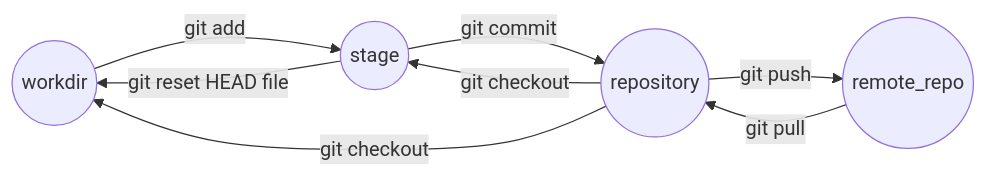
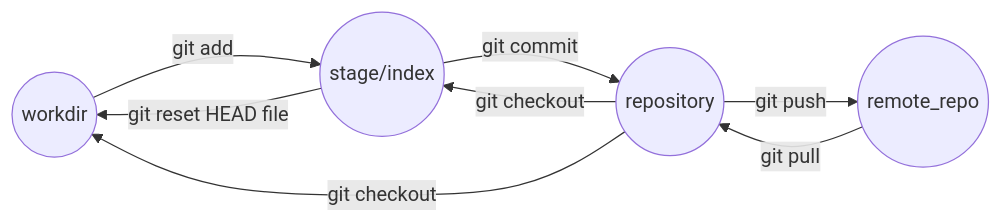
The diagram in Linux/git/repo.md (qffa/personalnote), drawn with Mermaid before and after one commit. The commit also changed 8 other files, not shown here.

````diff
--- a/Linux/git/repo.md
+++ b/Linux/git/repo.md
@@ -5,10 +5,10 @@
 ```mermaid
 graph LR
-  A((workdir)) --git add--> B((stage))
+  A((workdir)) --git add--> B((stage/index))
   B --git reset HEAD file--> A
   B --git commit--> C((repository))
   C --git checkout --> B
   C --git push--> D((remote_repo))
   D --git pull--> C
   C --git checkout--> A
 ```
````
